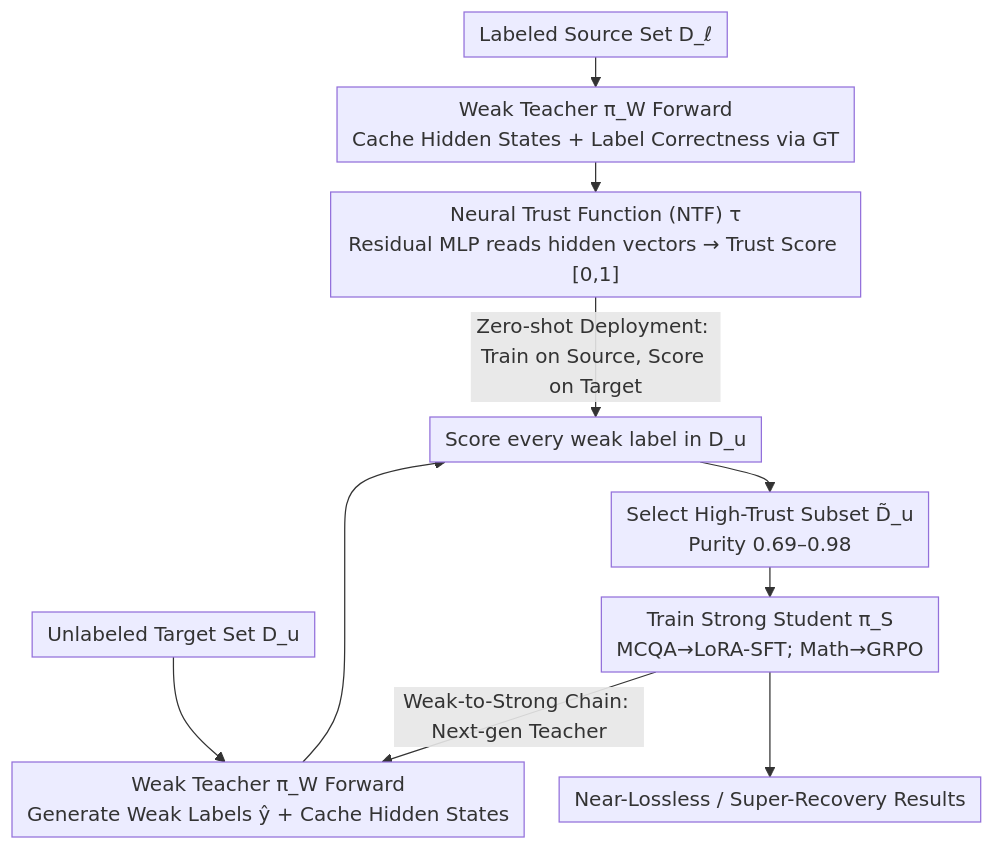
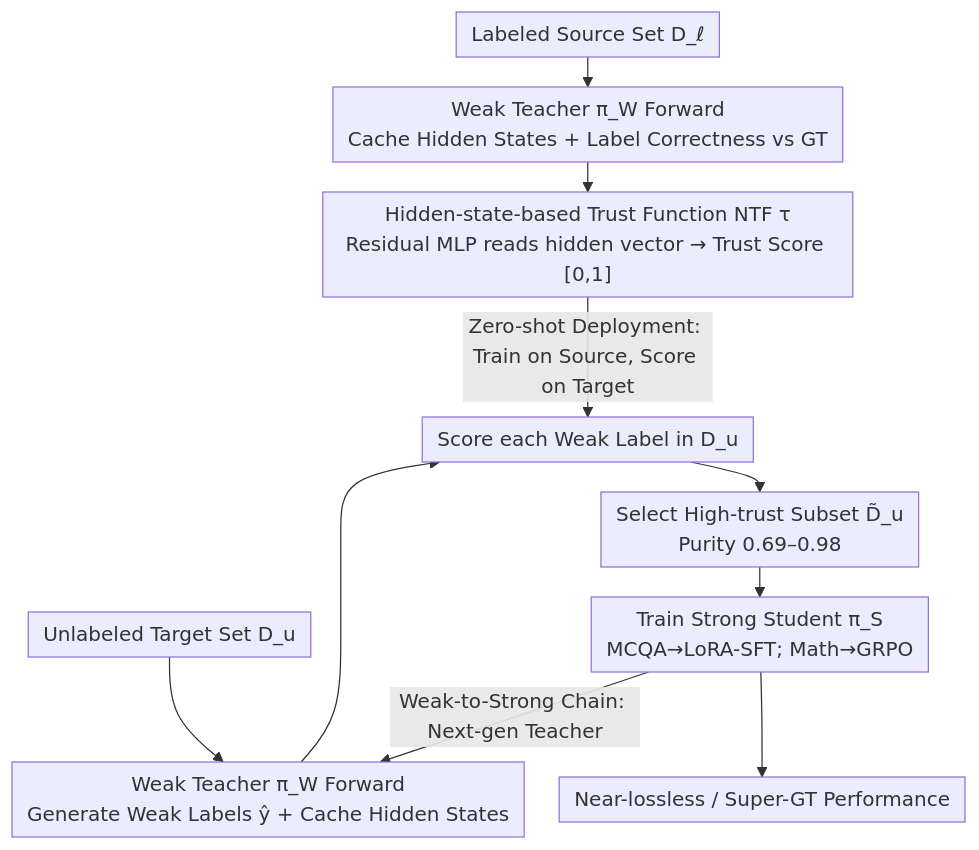
The diagram in docs/ICML2026/llm_pretraining/trust_functions_near-lossless_weak-to-strong_generalization_by_learning_when_to_.md (zhaoyang97/Paper-Notes-en), drawn with Mermaid before and after one commit. The commit also changed other lines of this file and 5084 other files, not shown here.

````diff
--- a/docs/ICML2026/llm_pretraining/trust_functions_near-lossless_weak-to-strong_generalization_by_learning_when_to_.md
+++ b/docs/ICML2026/llm_pretraining/trust_functions_near-lossless_weak-to-strong_generalization_by_learning_when_to_.md
@@ -41,13 +41,13 @@
 ```mermaid
 %%{init: {'flowchart': {'rankSpacing': 24, 'nodeSpacing': 28, 'padding': 6, 'wrappingWidth': 400}}}%%
 flowchart TD
-    L["Labeled Source Set D_ℓ"] --> TFL["Weak Teacher π_W Forward<br/>Cache Hidden States + Label Correctness via GT"]
+    L["Labeled Source Set D_ℓ"] --> TFL["Weak Teacher π_W Forward<br/>Cache Hidden States + Label Correctness vs GT"]
     U["Unlabeled Target Set D_u"] --> TFU["Weak Teacher π_W Forward<br/>Generate Weak Labels ŷ + Cache Hidden States"]
-    TFL --> NTF["Neural Trust Function (NTF) τ<br/>Residual MLP reads hidden vectors → Trust Score [0,1]"]
-    NTF -->|"Zero-shot Deployment: Train on Source, Score on Target"| SCORE["Score every weak label in D_u"]
+    TFL --> NTF["Hidden-state-based Trust Function NTF τ<br/>Residual MLP reads hidden vector → Trust Score [0,1]"]
+    NTF -->|"Zero-shot Deployment: Train on Source, Score on Target"| SCORE["Score each Weak Label in D_u"]
     TFU --> SCORE
-    SCORE --> FILTER["Select High-Trust Subset D̃_u<br/>Purity 0.69–0.98"]
+    SCORE --> FILTER["Select High-trust Subset D̃_u<br/>Purity 0.69–0.98"]
     FILTER --> STU["Train Strong Student π_S<br/>MCQA→LoRA-SFT; Math→GRPO"]
-    STU --> OUT["Near-Lossless / Super-Recovery Results"]
+    STU --> OUT["Near-lossless / Super-GT Performance"]
     STU -->|"Weak-to-Strong Chain: Next-gen Teacher"| TFU
 ```
````
